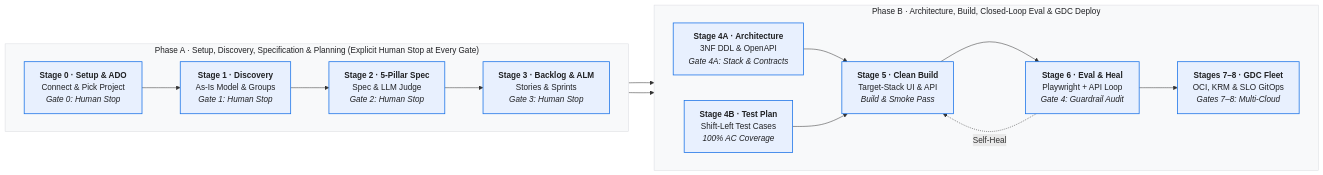
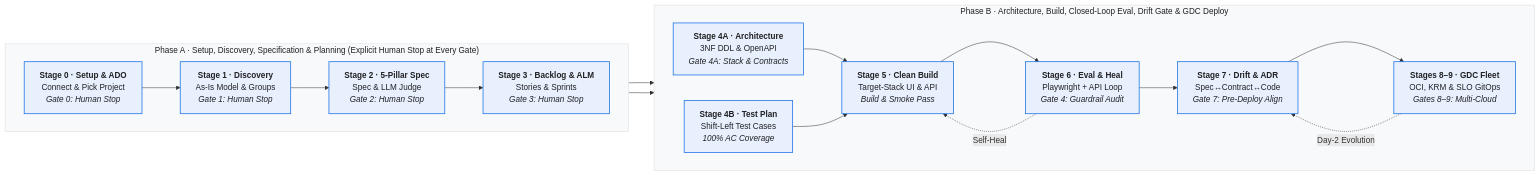
Before and after one commit to srijagannath-google/agentic-dlc: the diagram in README.md, drawn with Mermaid. The commit also changed other lines of this file and 77 other files, not shown here.

````diff
--- a/README.md
+++ b/README.md
@@ -29,28 +29,30 @@
 ```mermaid
 flowchart LR
     subgraph P1["Phase A · Setup, Discovery, Specification & Planning (Explicit Human Stop at Every Gate)"]
         direction LR
         S0["<b>Stage 0 · Setup & ADO</b><br/>Connect & Pick Project<br/><i>Gate 0: Human Stop</i>"]:::stage
         S1["<b>Stage 1 · Discovery</b><br/>As-Is Model & Groups<br/><i>Gate 1: Human Stop</i>"]:::stage
         S2["<b>Stage 2 · 5-Pillar Spec</b><br/>Spec & LLM Judge<br/><i>Gate 2: Human Stop</i>"]:::stage
         S3["<b>Stage 3 · Backlog & ALM</b><br/>Stories & Sprints<br/><i>Gate 3: Human Stop</i>"]:::stage
         S0 --> S1 --> S2 --> S3
     end
 
-    subgraph P2["Phase B · Architecture, Build, Closed-Loop Eval & GDC Deploy"]
+    subgraph P2["Phase B · Architecture, Build, Closed-Loop Eval, Drift Gate & GDC Deploy"]
         direction LR
         S4A["<b>Stage 4A · Architecture</b><br/>3NF DDL & OpenAPI<br/><i>Gate 4A: Stack & Contracts</i>"]:::stage
         S4B["<b>Stage 4B · Test Plan</b><br/>Shift-Left Test Cases<br/><i>100% AC Coverage</i>"]:::stage
         S5["<b>Stage 5 · Clean Build</b><br/>Target-Stack UI & API<br/><i>Build & Smoke Pass</i>"]:::stage
         S6["<b>Stage 6 · Eval & Heal</b><br/>Playwright + API Loop<br/><i>Gate 4: Guardrail Audit</i>"]:::stage
-        S78["<b>Stages 7–8 · GDC Fleet</b><br/>OCI, KRM & SLO GitOps<br/><i>Gates 7–8: Multi-Cloud</i>"]:::stage
-        S4A & S4B --> S5 --> S6 --> S78
+        S7["<b>Stage 7 · Drift & ADR</b><br/>Spec↔Contract↔Code<br/><i>Gate 7: Pre-Deploy Align</i>"]:::stage
+        S89["<b>Stages 8–9 · GDC Fleet</b><br/>OCI, KRM & SLO GitOps<br/><i>Gates 8–9: Multi-Cloud</i>"]:::stage
+        S4A & S4B --> S5 --> S6 --> S7 --> S89
     end
 
     S3 --> S4A & S4B
     S6 -.->|"Self-Heal"| S5
+    S89 -.->|"Day-2 Evolution"| S7
 
     classDef stage fill:#E8F0FE,stroke:#1A73E8,stroke-width:1.5px,color:#202124;
     style P1 fill:#F8F9FA,stroke:#DADCE0,stroke-width:1px,color:#202124
     style P2 fill:#F8F9FA,stroke:#DADCE0,stroke-width:1px,color:#202124
 ```
````
